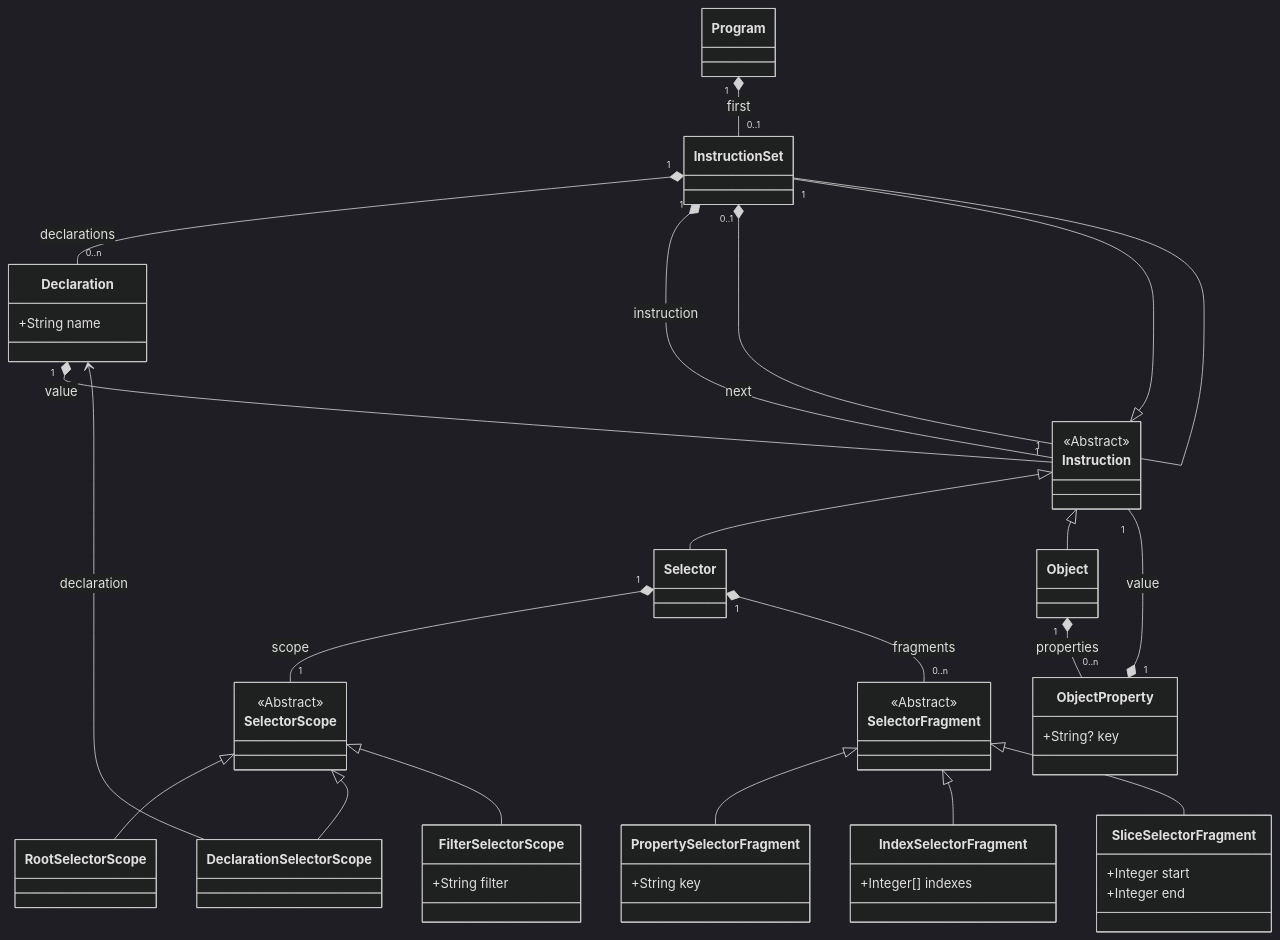
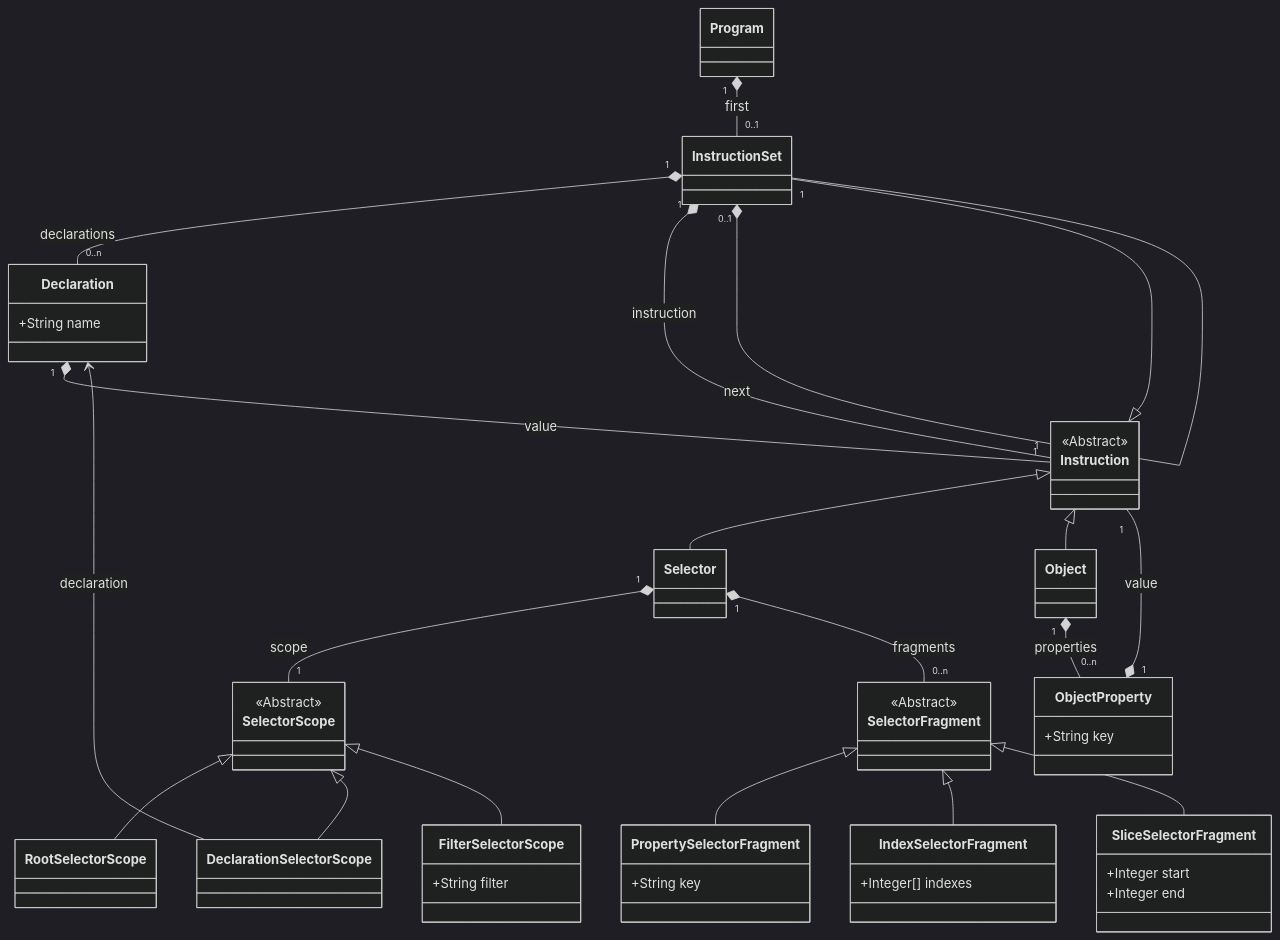
One commit to guillaumejchauveau/insar-dsl changed the diagram in README.md. Above: the diagram before and after it, drawn with Mermaid (dark theme). The commit also changed other lines of this file and 2 other files, not shown here.

````diff
--- a/README.md
+++ b/README.md
@@ -3,40 +285,40 @@
 ```mermaid
 classDiagram
     Program "1" *-- "0..1" InstructionSet: first
 
     InstructionSet "1" *-- "0..n" Declaration: declarations
     InstructionSet "1" *-- "1" Instruction: instruction
     InstructionSet "0..1" *-- "1" InstructionSet: next
 
     Declaration : +String name
     Declaration "1" *-- "1" Instruction: value
 
     Instruction <|-- InstructionSet
     Instruction <|-- Selector
     Instruction <|-- Object
     <<Abstract>> Instruction
 
     Selector "1" *-- "1" SelectorScope: scope
     Selector "1" *-- "0..n" SelectorFragment: fragments
 
     SelectorScope <|-- RootSelectorScope
     SelectorScope <|-- DeclarationSelectorScope
     SelectorScope <|-- FilterSelectorScope
     <<Abstract>> SelectorScope
     DeclarationSelectorScope --> Declaration: declaration
     FilterSelectorScope : +String filter
     
     SelectorFragment <|-- PropertySelectorFragment
     SelectorFragment <|-- IndexSelectorFragment
     SelectorFragment <|-- SliceSelectorFragment
     <<Abstract>> SelectorFragment
 
     PropertySelectorFragment: +String key
     IndexSelectorFragment: +Integer[] indexes
     SliceSelectorFragment: +Integer start
     SliceSelectorFragment: +Integer end
 
     Object "1" *-- "0..n" ObjectProperty: properties
-    ObjectProperty: +String? key
+    ObjectProperty: +String key
     ObjectProperty "1" *-- "1" Instruction: value
 ```
````
